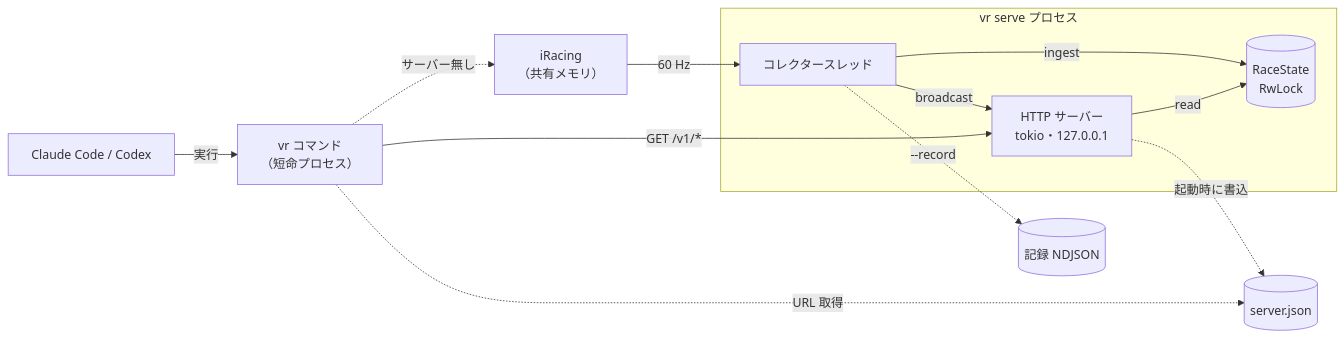
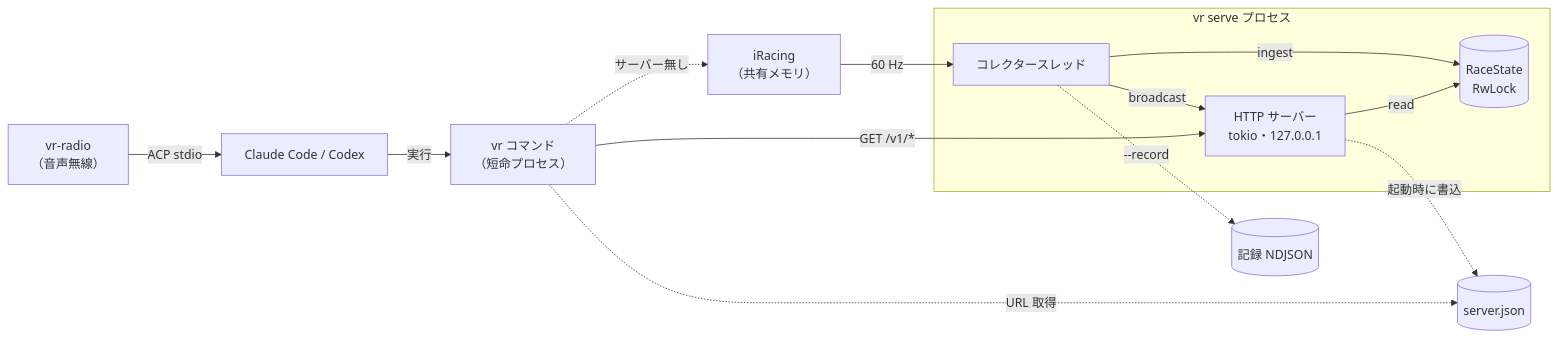
One commit to r4ai/vibe-racing changed the second of 5 diagrams in docs/architecture.md. Above: the diagram before and after it, drawn with Mermaid. The commit also changed other lines of this file and 31 other files, not shown here.

First line of the commit message:
feat(vr-radio): add push-to-talk voice radio for ACP agents

````diff
--- a/docs/architecture.md
+++ b/docs/architecture.md
@@ -67,24 +68,26 @@
 ```mermaid
 flowchart LR
     Game["iRacing<br/>（共有メモリ）"]
     subgraph Serve["vr serve プロセス"]
         Col["コレクタースレッド"]
         St[("RaceState<br/>RwLock")]
         Http["HTTP サーバー<br/>tokio・127.0.0.1"]
         Col -->|ingest| St
         Http -->|read| St
         Col -->|broadcast| Http
     end
+    Radio["vr-radio<br/>（音声無線）"]
     Agent["Claude Code / Codex"]
     Vr["vr コマンド<br/>（短命プロセス）"]
     Disc[("server.json")]
     Rec[("記録 NDJSON")]
 
     Game -->|60 Hz| Col
     Col -.->|--record| Rec
     Http -.->|起動時に書込| Disc
+    Radio -->|ACP stdio| Agent
     Agent -->|実行| Vr
     Vr -.->|URL 取得| Disc
     Vr -->|GET /v1/*| Http
     Vr -.->|サーバー無し| Game
 ```
````
